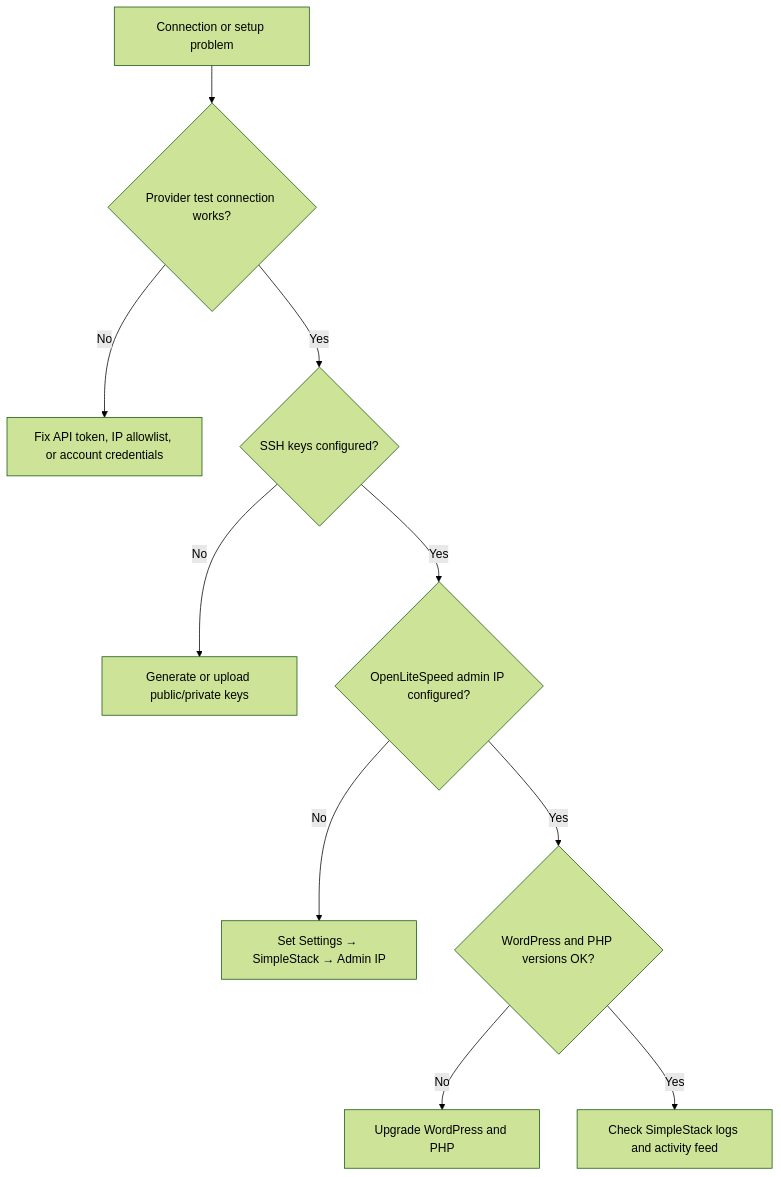
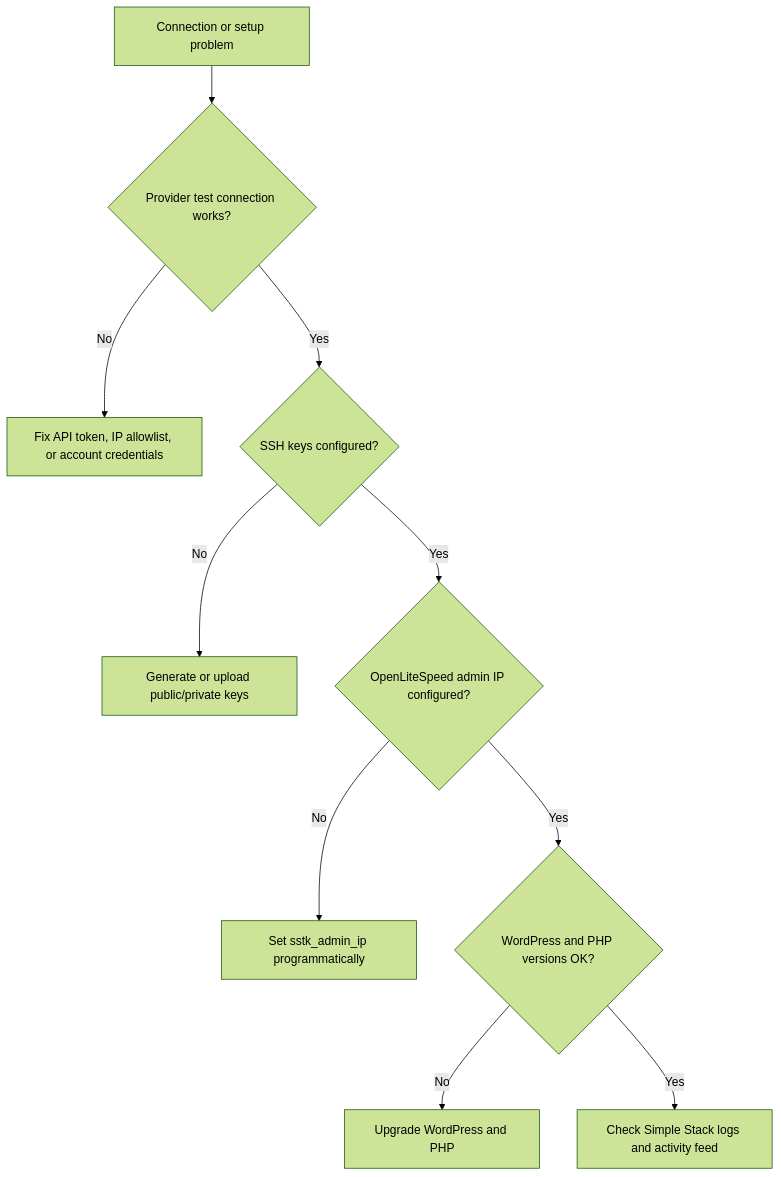
Before and after one commit to onedogsolutions/simple-stack: the sixth of 6 diagrams in .qoder/repowiki/en/content/Getting Started.md, drawn with Mermaid (forest theme). The commit also changed other lines of this file and 5941 other files, not shown here.

First line of the commit message:
refactor(core): rebrand WPCloudDeploy to Simple Stack with new namespaces and prefixes

````diff
--- a/.qoder/repowiki/en/content/Getting Started.md
+++ b/.qoder/repowiki/en/content/Getting Started.md
@@ -292,12 +292,12 @@
 ```mermaid
 flowchart TD
 Problem["Connection or setup problem"] --> ProviderCheck{"Provider test connection works?"}
 ProviderCheck --> |No| FixProvider["Fix API token, IP allowlist, or account credentials"]
 ProviderCheck --> |Yes| SSHCheck{"SSH keys configured?"}
 SSHCheck --> |No| FixSSH["Generate or upload public/private keys"]
 SSHCheck --> |Yes| AdminIPCheck{"OpenLiteSpeed admin IP configured?"}
-AdminIPCheck --> |No| SetAdminIP["Set Settings → SimpleStack → Admin IP"]
+AdminIPCheck --> |No| SetAdminIP["Set sstk_admin_ip programmatically"]
 AdminIPCheck --> |Yes| EnvCheck{"WordPress and PHP versions OK?"}
 EnvCheck --> |No| UpgradeEnv["Upgrade WordPress and PHP"]
-EnvCheck --> |Yes| Logs["Check SimpleStack logs and activity feed"]
+EnvCheck --> |Yes| Logs["Check Simple Stack logs and activity feed"]
 ```
````
